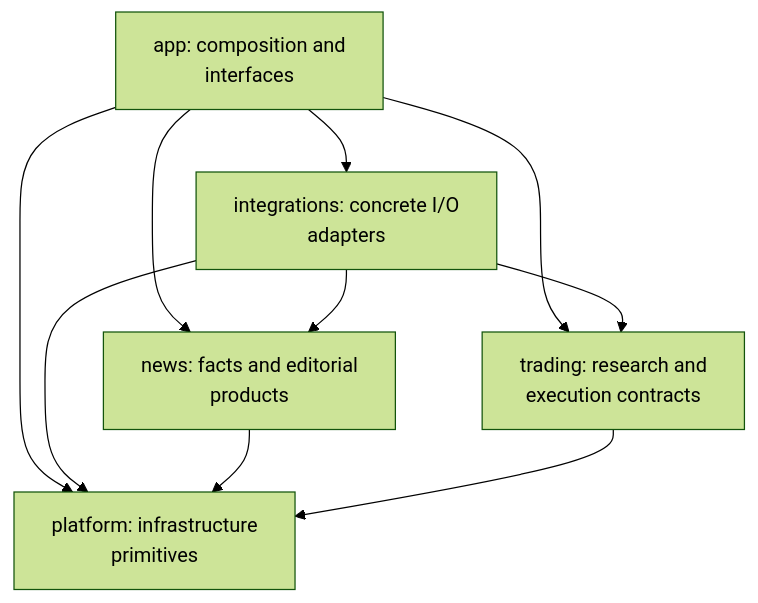
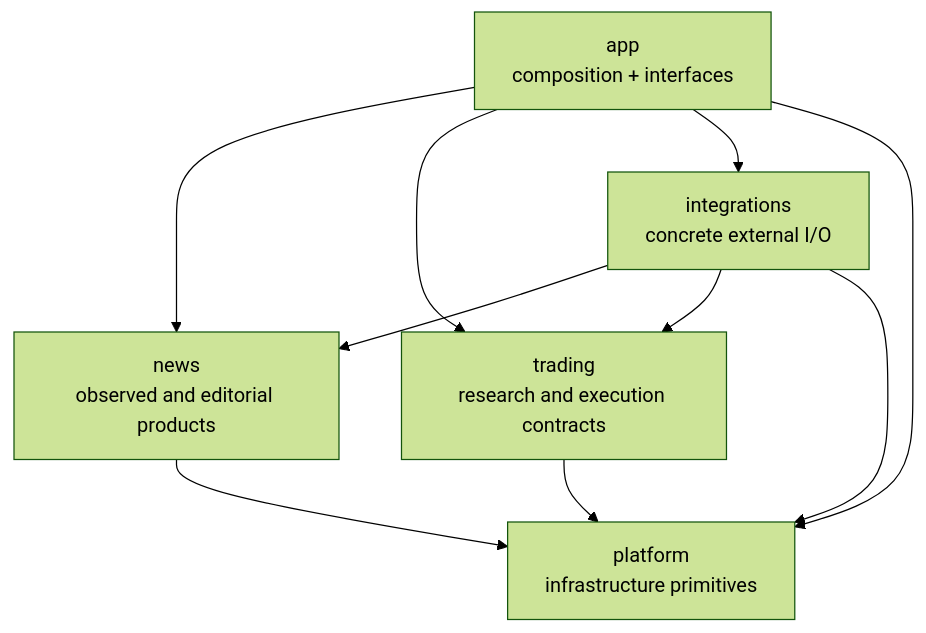
The second of 4 diagrams in docs/ARCHITECTURE.md (AnalyThothAI/tracefold), drawn with Mermaid (forest theme) before and after one commit. The commit also changed other lines of this file and 61 other files, not shown here.

````diff
--- a/docs/ARCHITECTURE.md
+++ b/docs/ARCHITECTURE.md
@@ -51,12 +47,12 @@
 ```mermaid
 flowchart TD
-    App["app: composition and<br/>interfaces"] --> Integrations["integrations: concrete I/O<br/>adapters"]
-    App --> News["news: facts and editorial<br/>products"]
-    App --> Trading["trading: research and<br/>execution contracts"]
-    App --> Platform["platform: infrastructure<br/>primitives"]
-    Integrations --> News
-    Integrations --> Trading
-    Integrations --> Platform
+    App["app<br/>composition + interfaces"] --> News["news<br/>observed and editorial products"]
+    App --> Trading["trading<br/>research and execution contracts"]
+    App --> Adapters["integrations<br/>concrete external I/O"]
+    App --> Platform["platform<br/>infrastructure primitives"]
+    Adapters --> News
+    Adapters --> Trading
+    Adapters --> Platform
     News --> Platform
     Trading --> Platform
 ```
````
